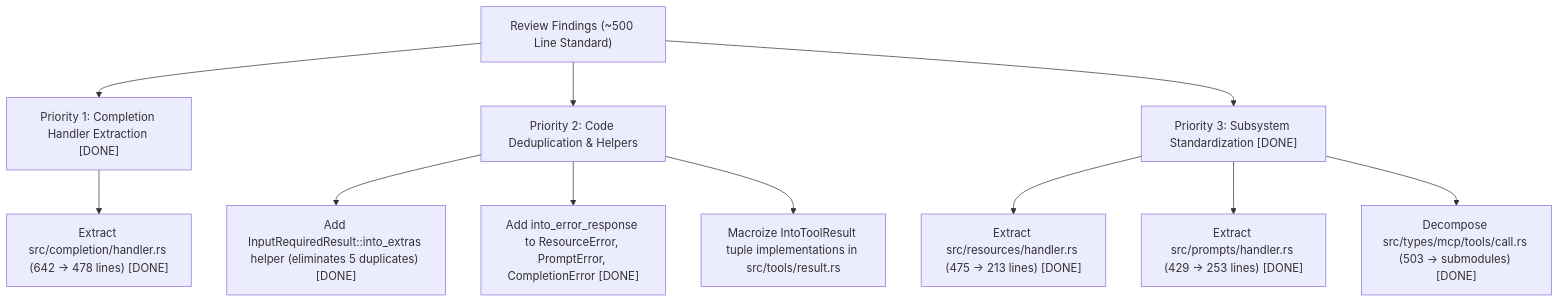
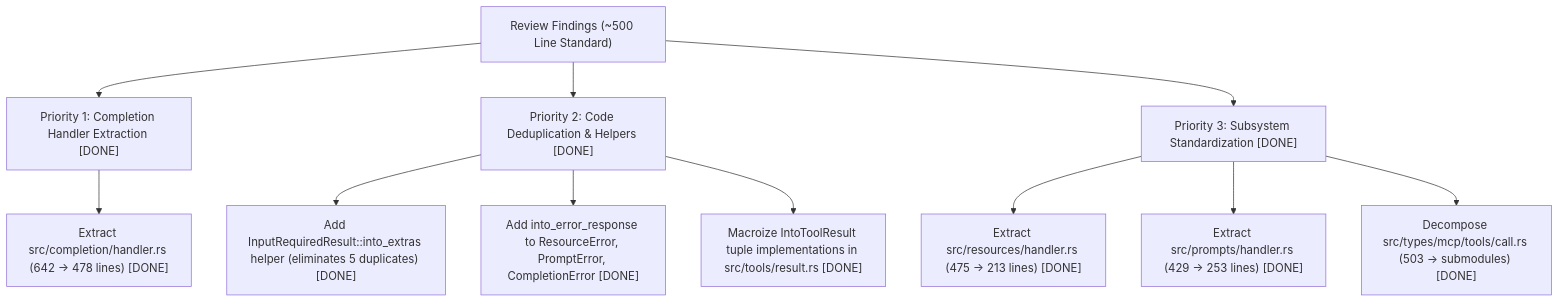
The diagram in docs/MODULARIZATION_AND_CODE_QUALITY_REVIEW.md (andreban/mcp-routing), drawn with Mermaid before and after one commit. The commit also changed other lines of this file and 2 other files, not shown here.

Commit message:
refactor(tools): extract IntoToolResult and macroize tuple implementations

````diff
--- a/docs/MODULARIZATION_AND_CODE_QUALITY_REVIEW.md
+++ b/docs/MODULARIZATION_AND_CODE_QUALITY_REVIEW.md
@@ -88,16 +89,16 @@
 ```mermaid
 graph TD
     A["Review Findings (~500 Line Standard)"] --> B["Priority 1: Completion Handler Extraction [DONE]"]
-    A --> C["Priority 2: Code Deduplication & Helpers"]
+    A --> C["Priority 2: Code Deduplication & Helpers [DONE]"]
     A --> D["Priority 3: Subsystem Standardization [DONE]"]
     
     B --> B1["Extract src/completion/handler.rs (642 -> 478 lines) [DONE]"]
     
     C --> C1["Add InputRequiredResult::into_extras helper (eliminates 5 duplicates) [DONE]"]
     C --> C2["Add into_error_response to ResourceError, PromptError, CompletionError [DONE]"]
-    C --> C3["Macroize IntoToolResult tuple implementations in src/tools/result.rs"]
+    C --> C3["Macroize IntoToolResult tuple implementations in src/tools/result.rs [DONE]"]
     
     D --> D1["Extract src/resources/handler.rs (475 -> 213 lines) [DONE]"]
     D --> D2["Extract src/prompts/handler.rs (429 -> 253 lines) [DONE]"]
     D --> D3["Decompose src/types/mcp/tools/call.rs (503 -> submodules) [DONE]"]
 ```
````
